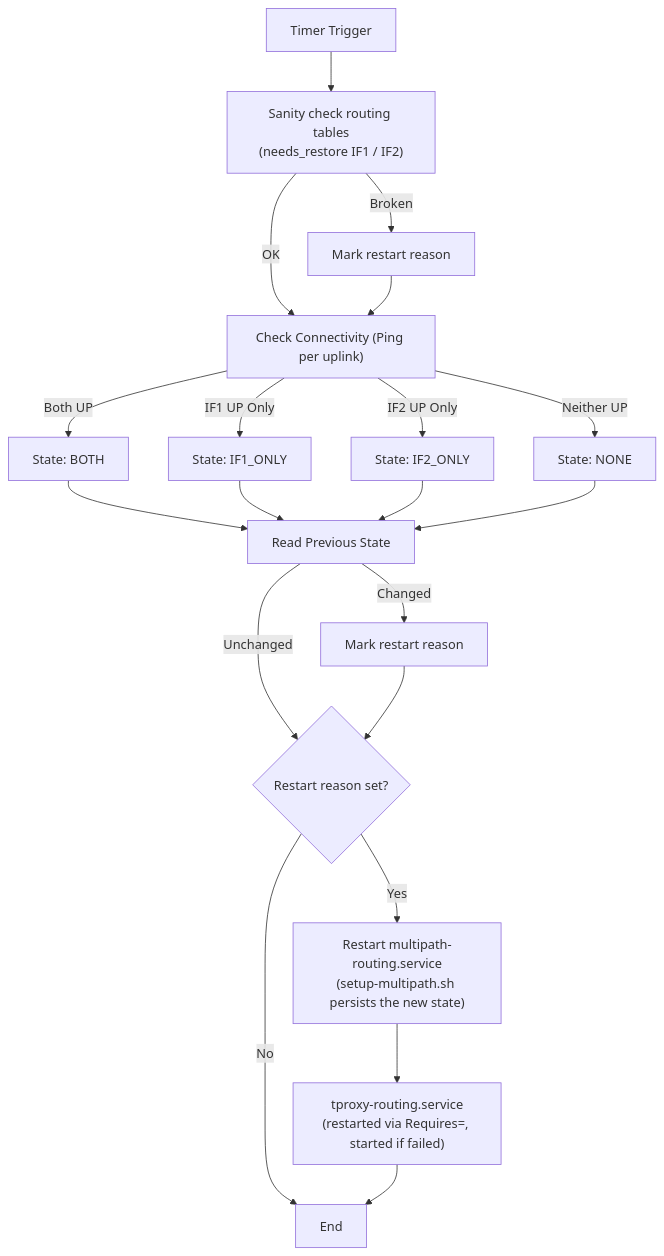
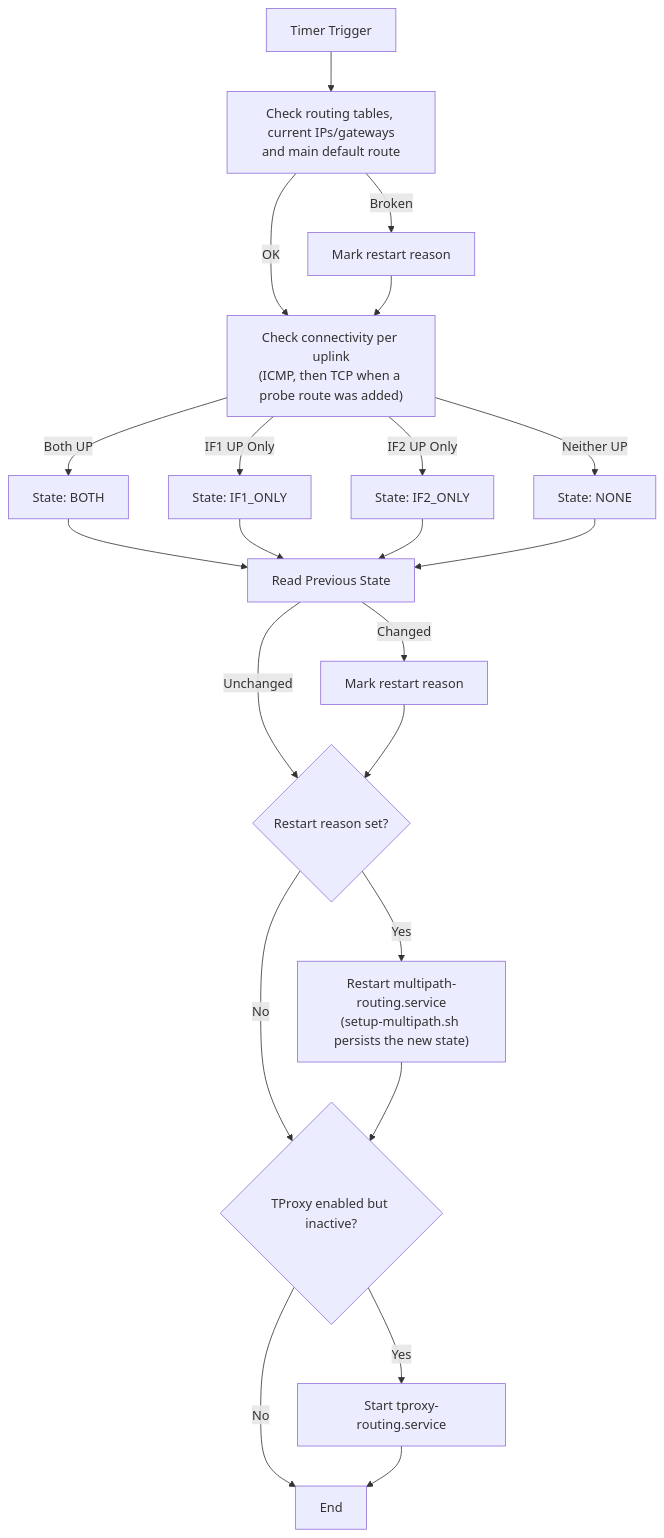
One commit to mingcheng/faure.sh changed the diagram in README.md. Above: the diagram before and after it, drawn with Mermaid. The commit also changed other lines of this file and 10 other files, not shown here.

````diff
--- a/README.md
+++ b/README.md
@@ -190,26 +190,28 @@
 ```mermaid
 graph TD
-    Start[Timer Trigger] --> SanityCheck["Sanity check routing tables<br/>(needs_restore IF1 / IF2)"]
+    Start[Timer Trigger] --> SanityCheck["Check routing tables, current IPs/gateways<br/>and main default route"]
     SanityCheck -- Broken --> MarkRestart[Mark restart reason]
-    SanityCheck -- OK --> CheckConn["Check Connectivity (Ping per uplink)"]
+    SanityCheck -- OK --> CheckConn["Check connectivity per uplink<br/>(ICMP, then TCP when a probe route was added)"]
     MarkRestart --> CheckConn
 
     CheckConn -- Both UP --> StateBoth[State: BOTH]
     CheckConn -- IF1 UP Only --> StateIF1[State: IF1_ONLY]
     CheckConn -- IF2 UP Only --> StateIF2[State: IF2_ONLY]
     CheckConn -- Neither UP --> StateNone[State: NONE]
 
     StateBoth --> ReadOld[Read Previous State]
     StateIF1 --> ReadOld
     StateIF2 --> ReadOld
     StateNone --> ReadOld
 
     ReadOld -- Changed --> MarkChanged[Mark restart reason]
     ReadOld -- Unchanged --> Decide{Restart reason set?}
     MarkChanged --> Decide
 
     Decide -- Yes --> UpdateRoute["Restart multipath-routing.service<br/>(setup-multipath.sh persists the new state)"]
-    Decide -- No --> End[End]
-    UpdateRoute --> UpdateTProxy["tproxy-routing.service<br/>(restarted via Requires=, started if failed)"]
+    Decide -- No --> CheckTProxy{TProxy enabled but inactive?}
+    UpdateRoute --> CheckTProxy
+    CheckTProxy -- Yes --> UpdateTProxy["Start tproxy-routing.service"]
+    CheckTProxy -- No --> End[End]
     UpdateTProxy --> End
 ```
````
